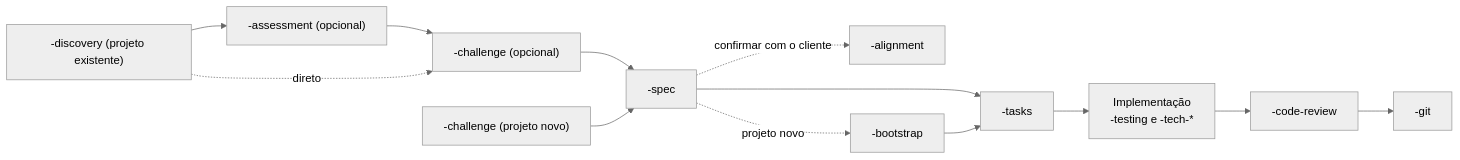
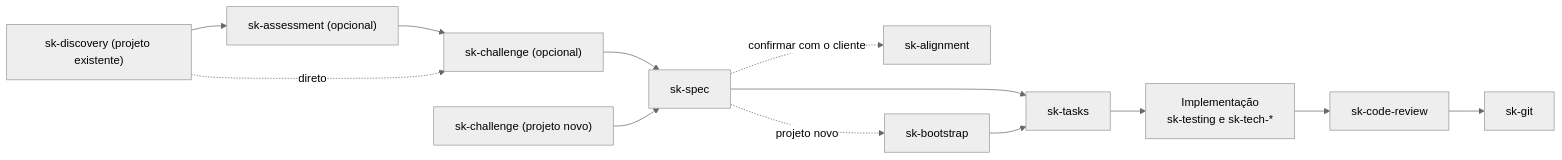
Before and after one commit to heliomarpm/skills: the diagram in README.md, drawn with Mermaid (neutral theme). The commit also changed other lines of this file, not shown here.

First line of the commit message:
docs: 📝 atualizar catálogo de habilidades com prefixo sk-

````diff
--- a/README.md
+++ b/README.md
@@ -93,13 +93,13 @@
 ```mermaid
 flowchart LR
-  D["-discovery (projeto existente)"] --> AS["-assessment (opcional)"] --> CO["-challenge (opcional)"] --> S["-spec"]
+  D["sk-discovery (projeto existente)"] --> AS["sk-assessment (opcional)"] --> CO["sk-challenge (opcional)"] --> S["sk-spec"]
   D -.->|direto| CO
-  C["-challenge (projeto novo)"] --> S
-  S -.->|confirmar com o cliente| A["-alignment"]
-  S -.->|projeto novo| B["-bootstrap"]
-  S --> T["-tasks"]
+  C["sk-challenge (projeto novo)"] --> S
+  S -.->|confirmar com o cliente| A["sk-alignment"]
+  S -.->|projeto novo| B["sk-bootstrap"]
+  S --> T["sk-tasks"]
   B --> T
-  T --> I["Implementação<br/>-testing e -tech-*"]
-  I --> R["-code-review"]
-  R --> G["-git"]
+  T --> I["Implementação<br/>sk-testing e sk-tech-*"]
+  I --> R["sk-code-review"]
+  R --> G["sk-git"]
 ```
````
